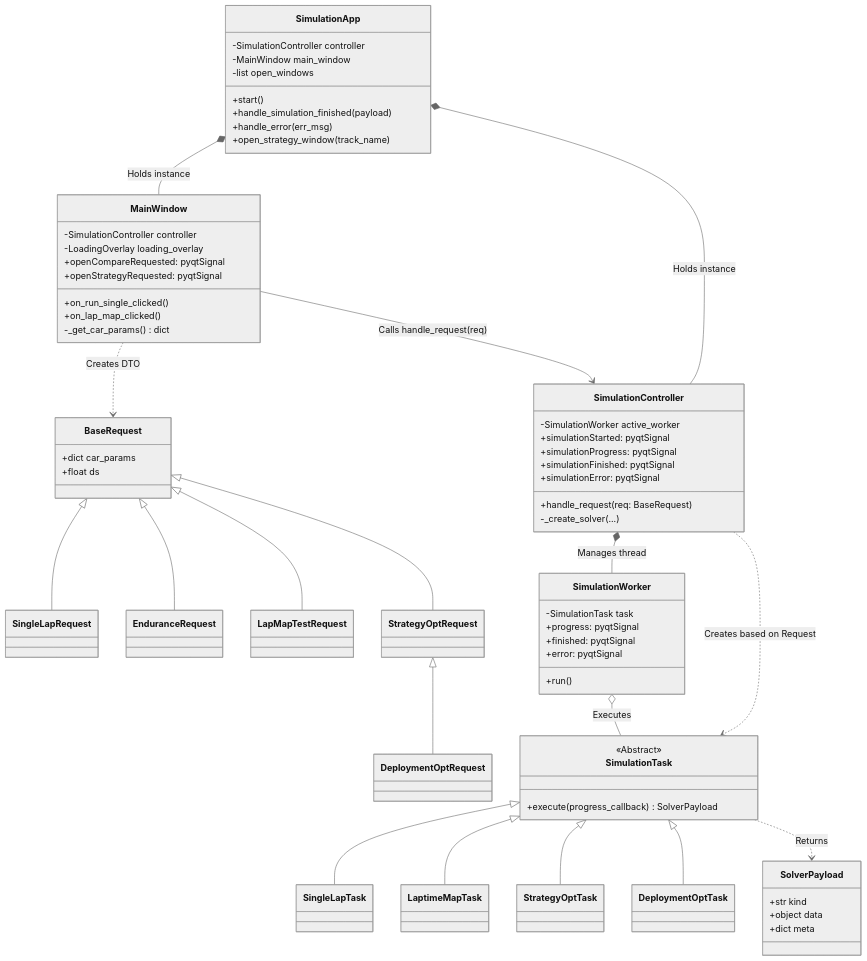
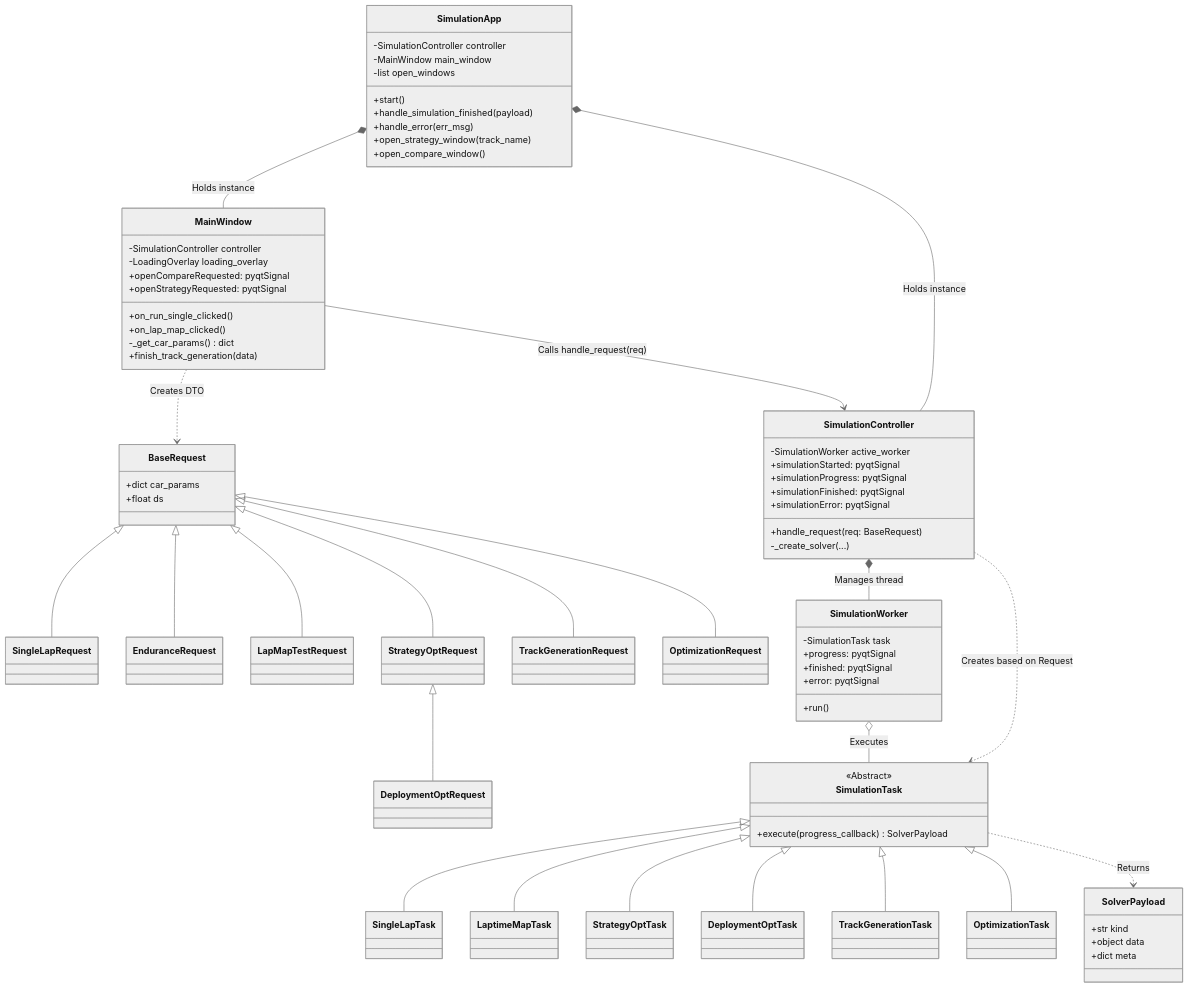
One commit to JanMatyas57/car_optimizer changed the first of 2 diagrams in architecure.md. Above: the diagram before and after it, drawn with Mermaid (neutral theme). The commit also changed other lines of this file and 64 other files, not shown here.

```diff
--- a/architecure.md
+++ b/architecure.md
@@ -13,6 +12,7 @@
         +handle_simulation_finished(payload)
         +handle_error(err_msg)
         +open_strategy_window(track_name)
+        +open_compare_window()
     }
 
     class MainWindow {
@@ -23,6 +23,7 @@
         +on_run_single_clicked()
         +on_lap_map_clicked()
         -_get_car_params() dict
+        +finish_track_generation(data)
     }
 
     %% Data Transfer Objects (DTOs)
@@ -35,11 +36,15 @@
     class LapMapTestRequest
     class StrategyOptRequest
     class DeploymentOptRequest
+    class TrackGenerationRequest
+    class OptimizationRequest
     
     BaseRequest <|-- SingleLapRequest
     BaseRequest <|-- EnduranceRequest
     BaseRequest <|-- LapMapTestRequest
     BaseRequest <|-- StrategyOptRequest
+    BaseRequest <|-- TrackGenerationRequest
+    BaseRequest <|-- OptimizationRequest
     StrategyOptRequest <|-- DeploymentOptRequest
 
     class SimulationController {
@@ -69,11 +74,15 @@
     class LaptimeMapTask
     class StrategyOptTask
     class DeploymentOptTask
+    class TrackGenerationTask
+    class OptimizationTask
     
     SimulationTask <|-- SingleLapTask
     SimulationTask <|-- LaptimeMapTask
     SimulationTask <|-- StrategyOptTask
     SimulationTask <|-- DeploymentOptTask
+    SimulationTask <|-- TrackGenerationTask
+    SimulationTask <|-- OptimizationTask
 
     class SolverPayload {
         +str kind
```
